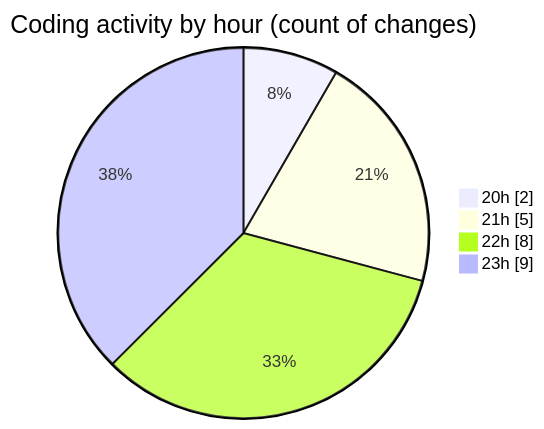
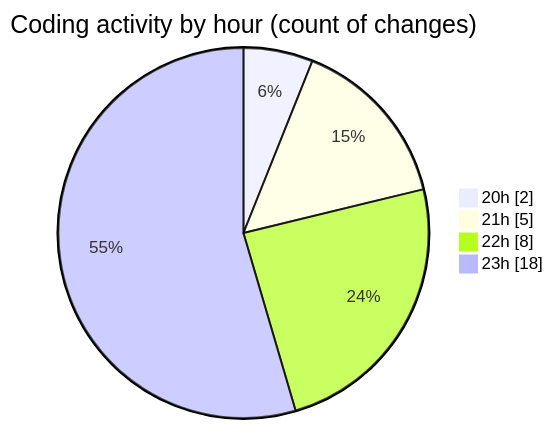
The second of 2 diagrams in 2025-12-23/technologie_web/README.md (hasnaa123/code-tracking), drawn with Mermaid before and after one commit. The commit also changed other lines of this file and 1 other file, not shown here.

````diff
--- a/2025-12-23/technologie_web/README.md
+++ b/2025-12-23/technologie_web/README.md
@@ -28,8 +28,8 @@
 ```mermaid
 pie showData
 title Coding activity by hour (count of changes)
 "20h" : 2
 "21h" : 5
 "22h" : 8
-"23h" : 9
+"23h" : 18
 ```
````
